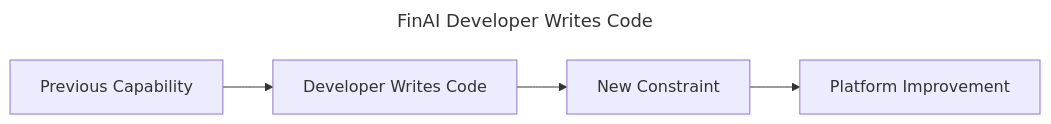
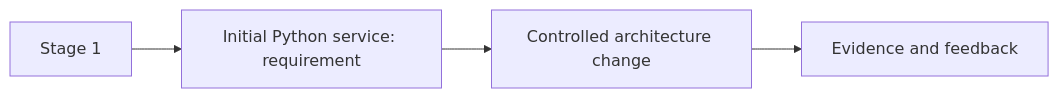
One commit to m1mohamad/devops-sre-prep changed the second of 30 diagrams in docs/journey/index.md. Above: the diagram before and after it, drawn with Mermaid. The commit also changed other lines of this file and 100 other files, not shown here.

````diff
--- a/docs/journey/index.md
+++ b/docs/journey/index.md
@@ -21,7 +42,6 @@
 ```mermaid
----
-title: FinAI Developer Writes Code
----
 flowchart LR
-  A[Previous Capability] --> B[Developer Writes Code] --> C[New Constraint] --> D[Platform Improvement]
+  S2[Stage 1] --> R2[Initial Python service: requirement]
+  R2 --> C2[Controlled architecture change]
+  C2 --> E2[Evidence and feedback]
 ```
````
